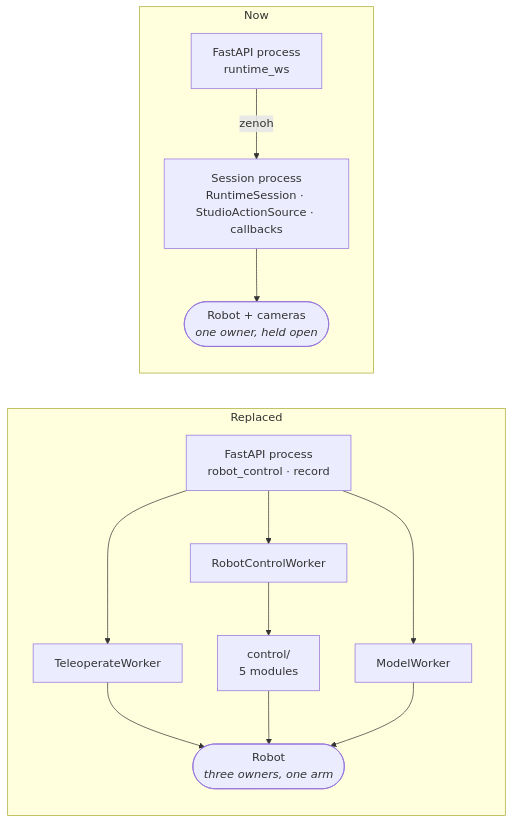
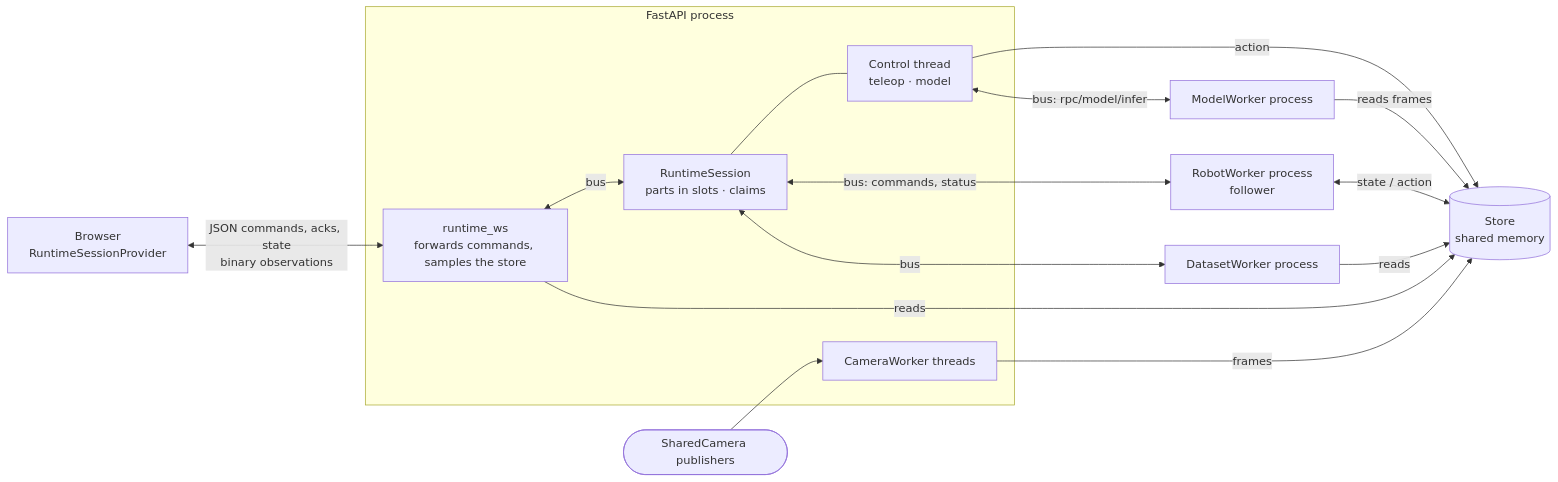
The diagram in application/docs/explanation/runtime-session-architecture.md (open-edge-platform/physical-ai-studio), drawn with Mermaid before and after one commit. The commit also changed other lines of this file and 177 other files, not shown here.

````diff
--- a/application/docs/explanation/runtime-session-architecture.md
+++ b/application/docs/explanation/runtime-session-architecture.md
@@ -28,28 +35,29 @@
 ```mermaid
 flowchart LR
-  subgraph before["Replaced"]
-    direction TB
-    api1["FastAPI process<br/>robot_control · record"]
-    tw["TeleoperateWorker"]
-    rcw["RobotControlWorker"]
-    mw["ModelWorker"]
-    ctl["control/<br/>5 modules"]
-    arm1(["Robot<br/><i>three owners, one arm</i>"])
-    api1 --> tw
-    api1 --> rcw
-    api1 --> mw
-    rcw --> ctl
-    tw --> arm1
-    ctl --> arm1
-    mw --> arm1
+  ui["Browser<br/>RuntimeSessionProvider"]
+  subgraph api["FastAPI process"]
+    ws["runtime_ws<br/>forwards commands, samples the store"]
+    sess["RuntimeSession<br/>parts in slots · claims"]
+    ctl["Control thread<br/>teleop · model"]
+    cam["CameraWorker threads"]
   end
+  robot["RobotWorker process<br/>follower"]
+  ds["DatasetWorker process"]
+  mw["ModelWorker process"]
+  pub(["SharedCamera publishers"])
+  store[("Store<br/>shared memory")]
 
-  subgraph after["Now"]
-    direction TB
-    api2["FastAPI process<br/>runtime_ws"]
-    sess2["Session process<br/>RuntimeSession · StudioActionSource · callbacks"]
-    arm2(["Robot + cameras<br/><i>one owner, held open</i>"])
-    api2 -->|zenoh| sess2
-    sess2 --> arm2
-  end
+  ui <-->|"JSON commands, acks, state<br/>binary observations"| ws
+  ws <-->|bus| sess
+  sess --- ctl
+  ctl -->|action| store
+  robot <-->|"state / action"| store
+  cam -->|frames| store
+  pub --> cam
+  ds -->|reads| store
+  mw -->|reads frames| store
+  sess <-->|"bus: commands, status"| robot
+  sess <-->|bus| ds
+  ctl <-->|"bus: rpc/model/infer"| mw
+  ws -->|reads| store
 ```
````
